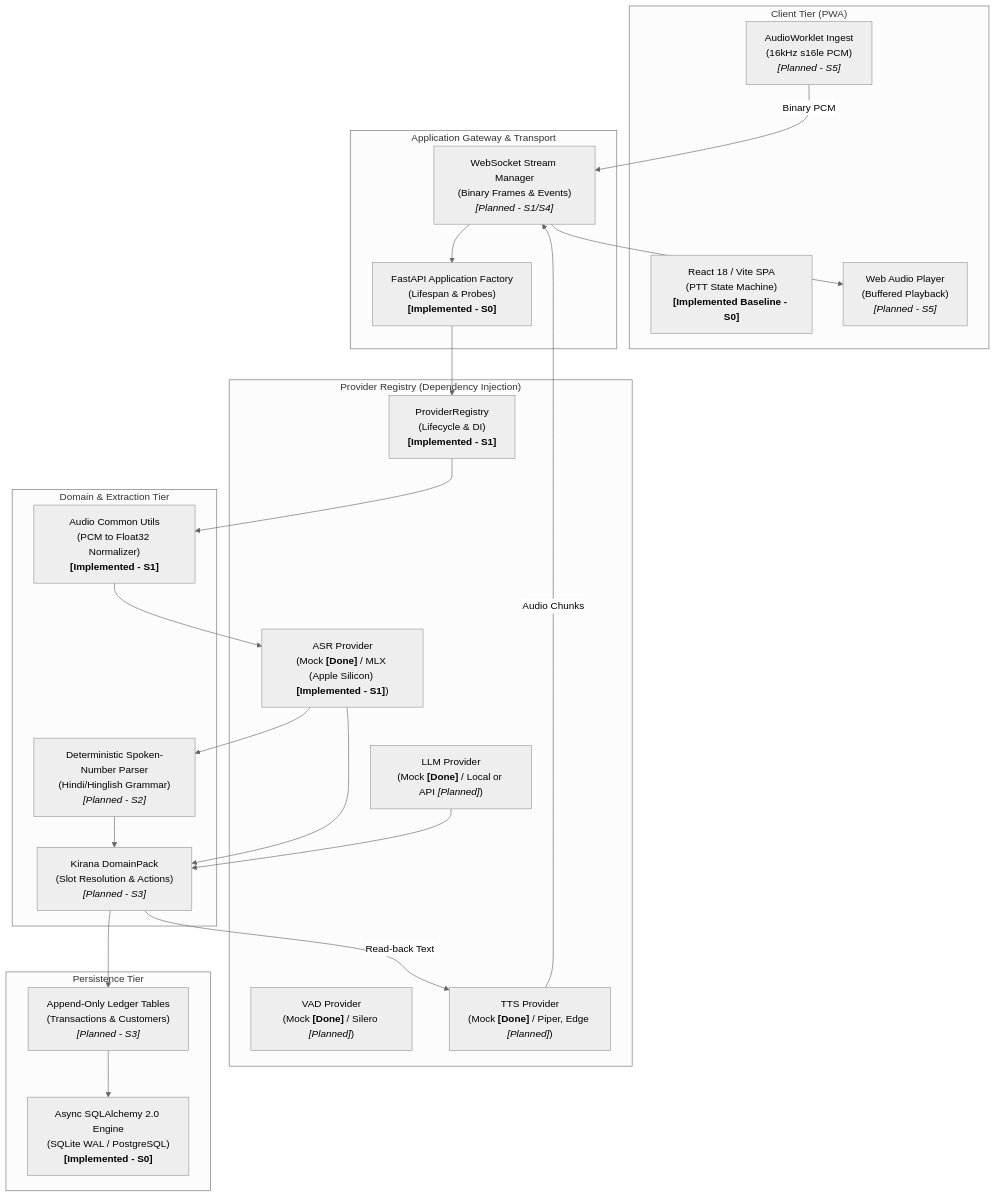
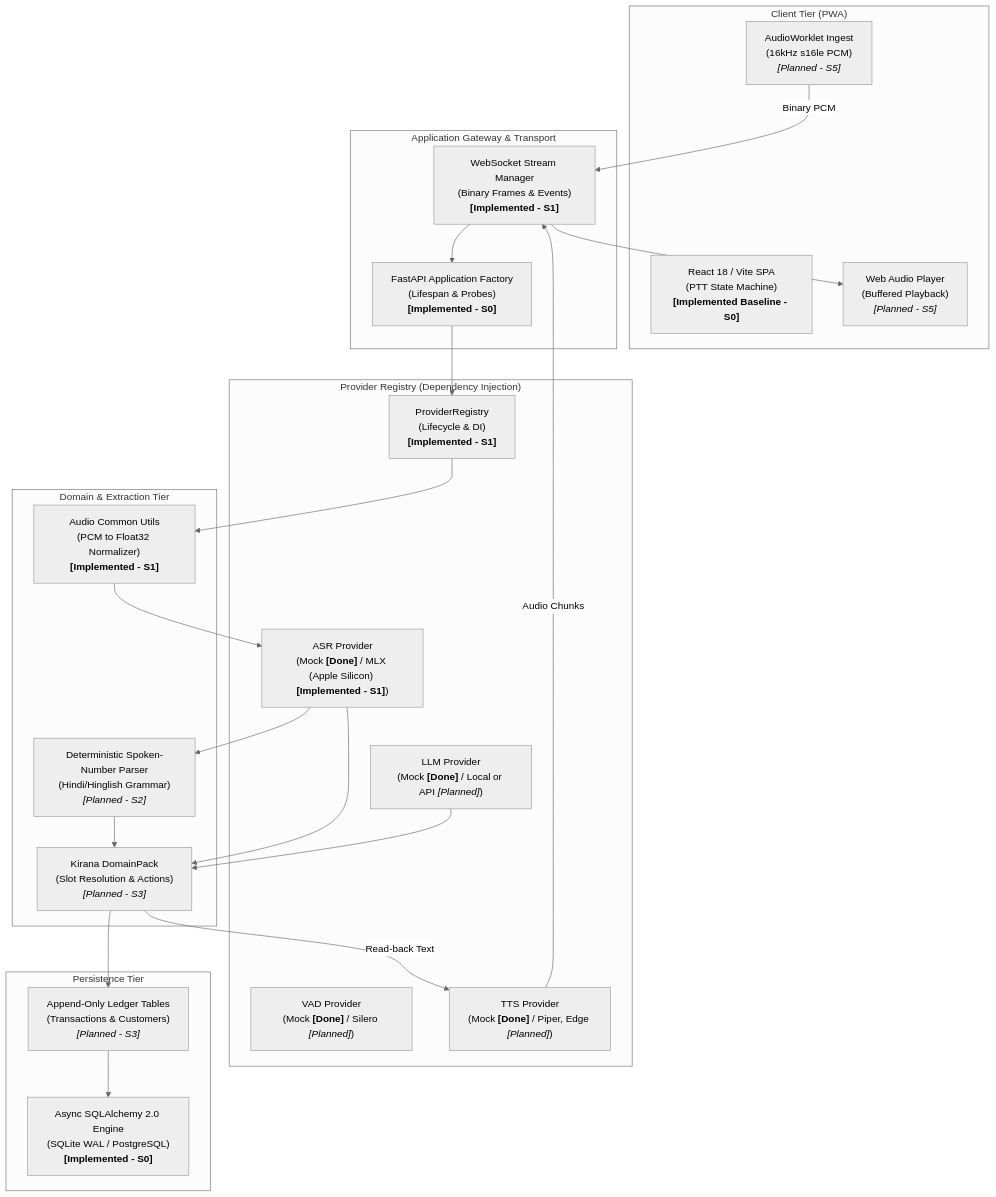
Before and after one commit to Ash052006/BolKhata: the first of 5 diagrams in docs/architecture-deep-dive.md, drawn with Mermaid (neutral theme). The commit also changed other lines of this file and 14 other files, not shown here.

Commit message:
feat(s1): implement realtime WebSocket session and protocol

````diff
--- a/docs/architecture-deep-dive.md
+++ b/docs/architecture-deep-dive.md
@@ -59,47 +59,47 @@
 ```mermaid
 flowchart TD
     subgraph Client ["Client Tier (PWA)"]
         MIC["AudioWorklet Ingest<br/>(16kHz s16le PCM)<br/><i>[Planned - S5]</i>"]
         UI["React 18 / Vite SPA<br/>(PTT State Machine)<br/><b>[Implemented Baseline - S0]</b>"]
         AUDIO_OUT["Web Audio Player<br/>(Buffered Playback)<br/><i>[Planned - S5]</i>"]
     end
 
     subgraph Gateway ["Application Gateway & Transport"]
-        WS["WebSocket Stream Manager<br/>(Binary Frames & Events)<br/><i>[Planned - S1/S4]</i>"]
+        WS["WebSocket Stream Manager<br/>(Binary Frames & Events)<br/><b>[Implemented - S1]</b>"]
         APP["FastAPI Application Factory<br/>(Lifespan & Probes)<br/><b>[Implemented - S0]</b>"]
     end
 
     subgraph Providers ["Provider Registry (Dependency Injection)"]
         REG["ProviderRegistry<br/>(Lifecycle & DI)<br/><b>[Implemented - S1]</b>"]
         ASR_MOD["ASR Provider<br/>(Mock <b>[Done]</b> / MLX (Apple Silicon) <b>[Implemented - S1]</b>)"]
         VAD_MOD["VAD Provider<br/>(Mock <b>[Done]</b> / Silero <i>[Planned]</i>)"]
         TTS_MOD["TTS Provider<br/>(Mock <b>[Done]</b> / Piper, Edge <i>[Planned]</i>)"]
         LLM_MOD["LLM Provider<br/>(Mock <b>[Done]</b> / Local or API <i>[Planned]</i>)"]
     end
 
     subgraph Engine ["Domain & Extraction Tier"]
         AUDIO_UTIL["Audio Common Utils<br/>(PCM to Float32 Normalizer)<br/><b>[Implemented - S1]</b>"]
         NUM_PARSE["Deterministic Spoken-Number Parser<br/>(Hindi/Hinglish Grammar)<br/><i>[Planned - S2]</i>"]
         DOMAIN_PACK["Kirana DomainPack<br/>(Slot Resolution & Actions)<br/><i>[Planned - S3]</i>"]
     end
 
     subgraph DataTier ["Persistence Tier"]
         DB_ENGINE["Async SQLAlchemy 2.0 Engine<br/>(SQLite WAL / PostgreSQL)<br/><b>[Implemented - S0]</b>"]
         LEDGER_TAB["Append-Only Ledger Tables<br/>(Transactions & Customers)<br/><i>[Planned - S3]</i>"]
     end
 
     MIC -->|Binary PCM| WS
     WS --> APP
     APP --> REG
     REG --> AUDIO_UTIL
     AUDIO_UTIL --> ASR_MOD
     ASR_MOD --> NUM_PARSE
     ASR_MOD --> DOMAIN_PACK
     LLM_MOD --> DOMAIN_PACK
     NUM_PARSE --> DOMAIN_PACK
     DOMAIN_PACK --> LEDGER_TAB
     LEDGER_TAB --> DB_ENGINE
     DOMAIN_PACK -->|Read-back Text| TTS_MOD
     TTS_MOD -->|Audio Chunks| WS
     WS --> AUDIO_OUT
 ```
````
